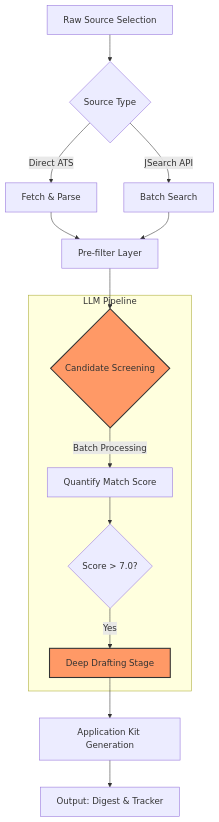
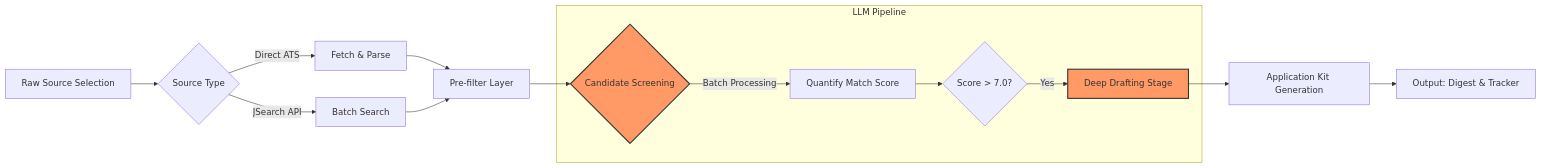
Before and after one commit to sagarbhadouria/job-apply: the diagram in README.md, drawn with Mermaid.

Commit message:
chore: updated readme file

````diff
--- a/README.md
+++ b/README.md
@@ -64,19 +64,19 @@
 ```mermaid
-graph TD
+graph LR
     A[Raw Source Selection] --> B{Source Type}
     B -- Direct ATS --> C[Fetch & Parse]
     B -- JSearch API --> D[Batch Search]
     C --> E[Pre-filter Layer]
     D --> E
     E --> F{Candidate Screening}
     subgraph "LLM Pipeline"
     F -->|Batch Processing| G[Quantify Match Score]
     G --> H{Score > 7.0?}
     H -->|Yes| I[Deep Drafting Stage]
     end
     I --> J[Application Kit Generation]
     J --> K[Output: Digest & Tracker]
 
     style F fill:#f96,stroke:#333,stroke-width:2px
     style I fill:#f96,stroke:#333,stroke-width:2px
 ```
````
